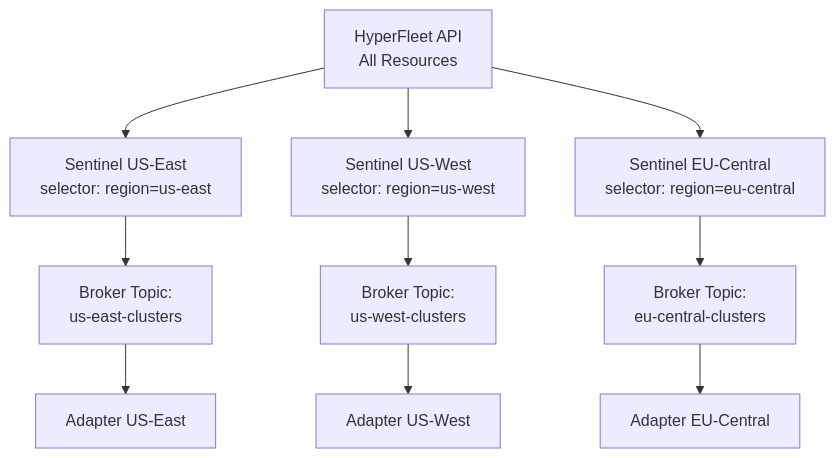
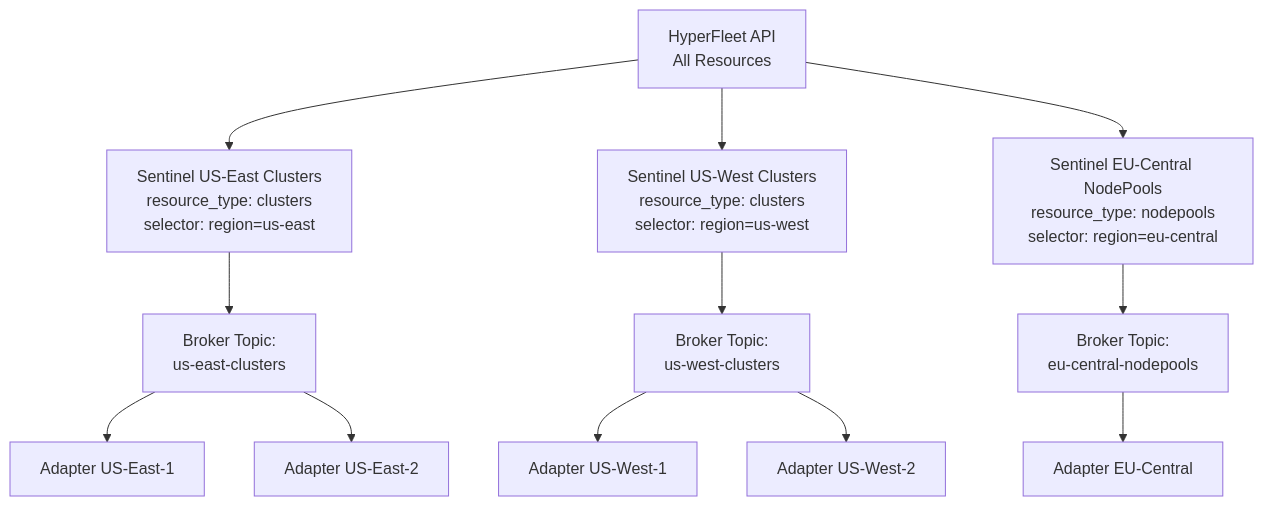
The fourth of 4 diagrams in docs/sentinel-operator-guide.md (openshift-hyperfleet/hyperfleet-sentinel), drawn with Mermaid before and after one commit. The commit also changed other lines of this file, not shown here.

Commit message:
HYPERFLEET-634 - doc: refine sentinel operator guide with review comments

````diff
--- a/docs/sentinel-operator-guide.md
+++ b/docs/sentinel-operator-guide.md
@@ -214,16 +220,18 @@
 ```mermaid
 graph TB
     API[HyperFleet API<br/>All Resources]
 
-    API --> S1[Sentinel US-East<br/>selector: region=us-east]
-    API --> S2[Sentinel US-West<br/>selector: region=us-west]
-    API --> S3[Sentinel EU-Central<br/>selector: region=eu-central]
+    API --> S1[Sentinel US-East Clusters<br/>resource_type: clusters<br/>selector: region=us-east]
+    API --> S2[Sentinel US-West Clusters<br/>resource_type: clusters<br/>selector: region=us-west]
+    API --> S3[Sentinel EU-Central NodePools<br/>resource_type: nodepools<br/>selector: region=eu-central]
 
     S1 --> B1[Broker Topic:<br/>us-east-clusters]
     S2 --> B2[Broker Topic:<br/>us-west-clusters]
-    S3 --> B3[Broker Topic:<br/>eu-central-clusters]
+    S3 --> B3[Broker Topic:<br/>eu-central-nodepools]
 
-    B1 --> A1[Adapter US-East]
-    B2 --> A2[Adapter US-West]
+    B1 --> A1a[Adapter US-East-1]
+    B1 --> A1b[Adapter US-East-2]
+    B2 --> A2a[Adapter US-West-1]
+    B2 --> A2b[Adapter US-West-2]
     B3 --> A3[Adapter EU-Central]
 ```
````
